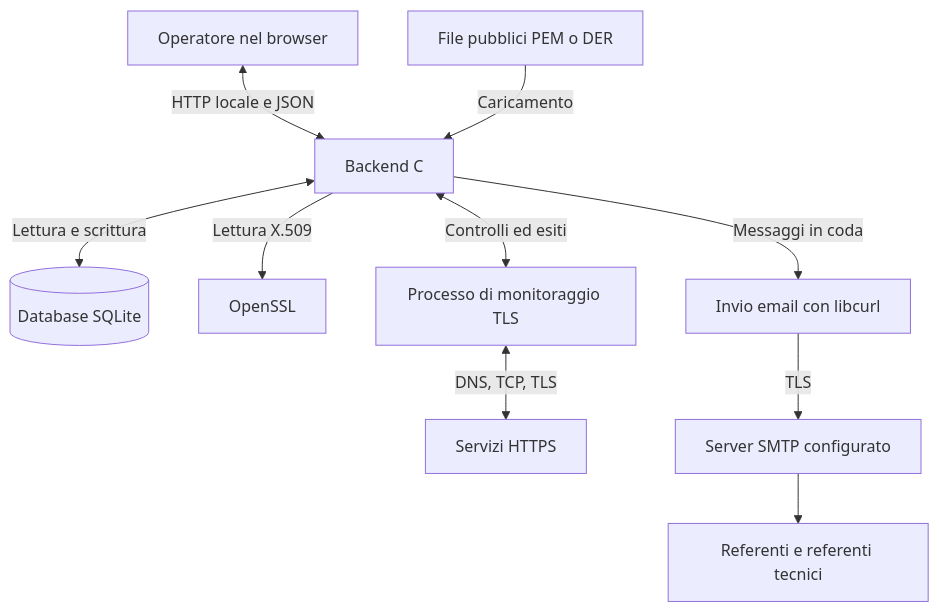
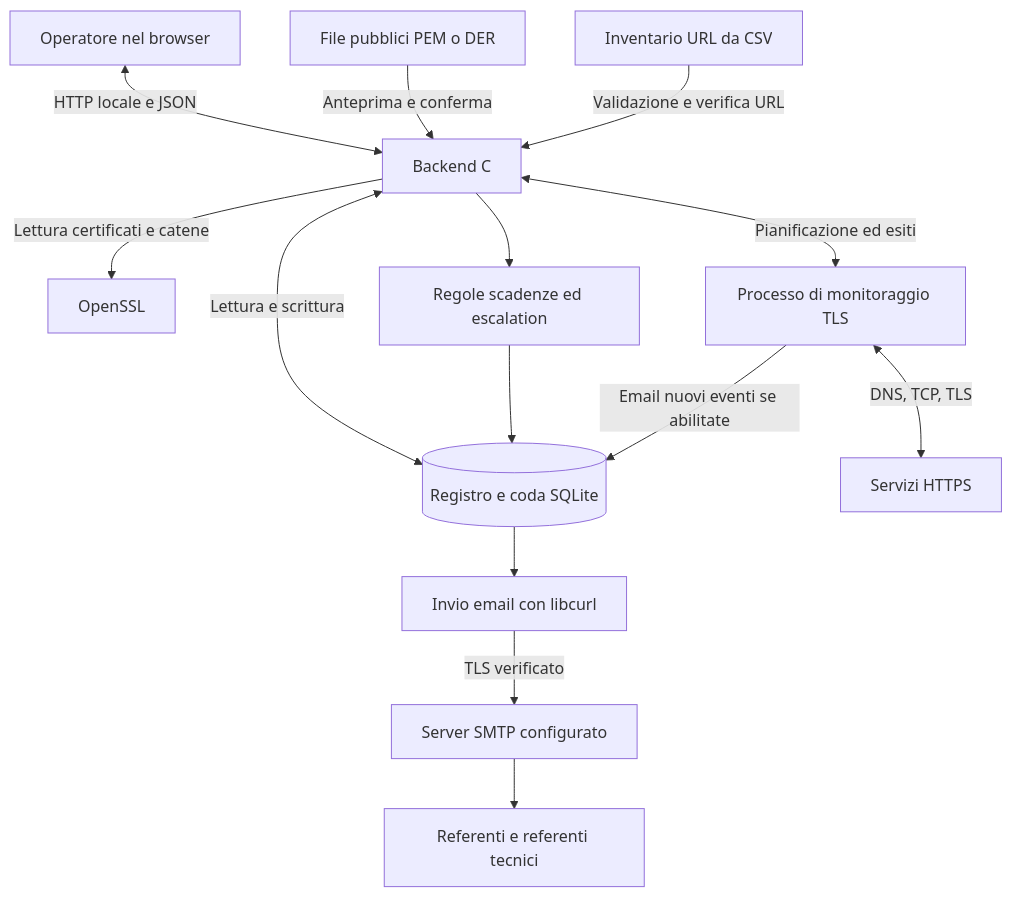
One commit to GiorgioOppo/Certificate-Manager changed the first of 2 diagrams in docs/WORKFLOW.it.md. Above: the diagram before and after it, drawn with Mermaid. The commit also changed other lines of this file and 37 other files, not shown here.

````diff
--- a/docs/WORKFLOW.it.md
+++ b/docs/WORKFLOW.it.md
@@ -11,12 +11,16 @@
 ```mermaid
 flowchart TD
     User["Operatore nel browser"] <-->|HTTP locale e JSON| Backend["Backend C"]
-    Files["File pubblici PEM o DER"] -->|Caricamento| Backend
-    Backend <-->|Lettura e scrittura| DB[("Database SQLite")]
-    Backend -->|Lettura X.509| X509["OpenSSL"]
-    Backend <-->|Controlli ed esiti| Monitor["Processo di monitoraggio TLS"]
+    Files["File pubblici PEM o DER"] -->|Anteprima e conferma| Backend
+    CSV["Inventario URL da CSV"] -->|Validazione e verifica URL| Backend
+    Backend <-->|Lettura e scrittura| DB[("Registro e coda SQLite")]
+    Backend -->|Lettura certificati e catene| X509["OpenSSL"]
+    Backend <-->|Pianificazione ed esiti| Monitor["Processo di monitoraggio TLS"]
     Monitor <-->|DNS, TCP, TLS| Services["Servizi HTTPS"]
-    Backend -->|Messaggi in coda| Mail["Invio email con libcurl"]
-    Mail -->|TLS| SMTP["Server SMTP configurato"]
+    Backend --> Rules["Regole scadenze ed escalation"]
+    Rules --> DB
+    Monitor -->|Email nuovi eventi se abilitate| DB
+    DB --> Mail["Invio email con libcurl"]
+    Mail -->|TLS verificato| SMTP["Server SMTP configurato"]
     SMTP --> Contacts["Referenti e referenti tecnici"]
 ```
````
